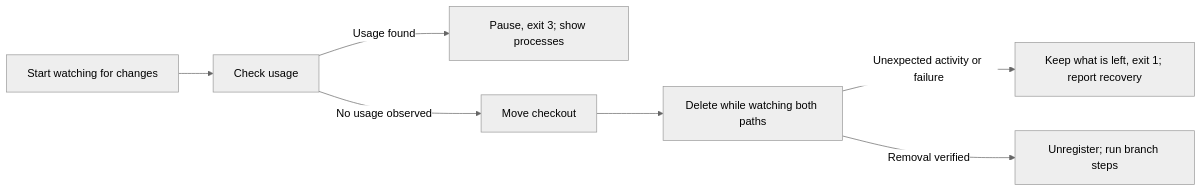
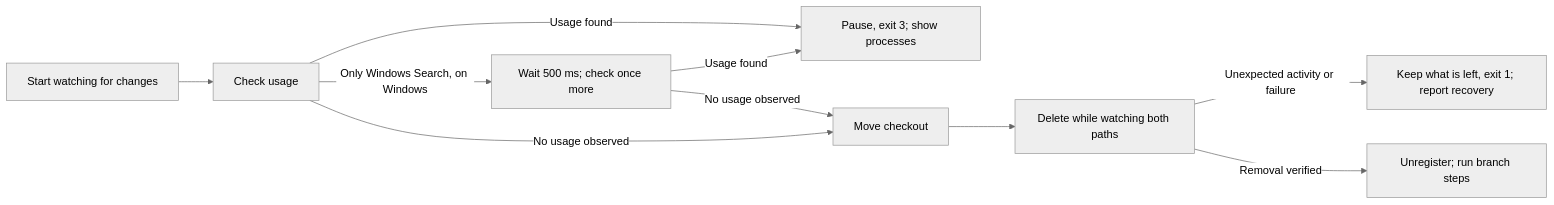
One commit to yankeeinlondon/rusty-biscuit changed the second of 4 diagrams in worktree/docs/cli/remove.md. Above: the diagram before and after it, drawn with Mermaid (neutral theme). The commit also changed other lines of this file and 39 other files, not shown here.

````diff
--- a/worktree/docs/cli/remove.md
+++ b/worktree/docs/cli/remove.md
@@ -151,9 +187,12 @@
 ```mermaid
 flowchart LR
     W[Start watching for changes] --> A[Check usage]
     A -->|Usage found| B[Pause, exit 3; show processes]
+    A -->|Only Windows Search, on Windows| R[Wait 500 ms; check once more]
+    R -->|Usage found| B
+    R -->|No usage observed| C
     A -->|No usage observed| C[Move checkout]
     C --> D[Delete while watching both paths]
     D -->|Unexpected activity or failure| E[Keep what is left, exit 1; report recovery]
     D -->|Removal verified| F[Unregister; run branch steps]
 ```
````
